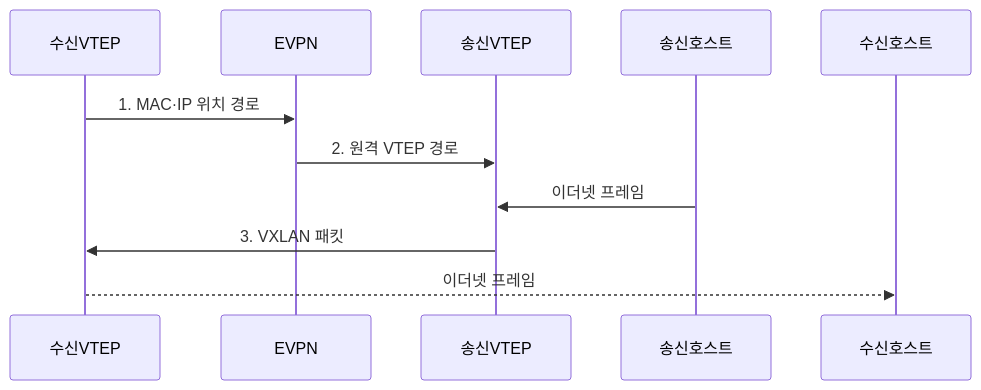
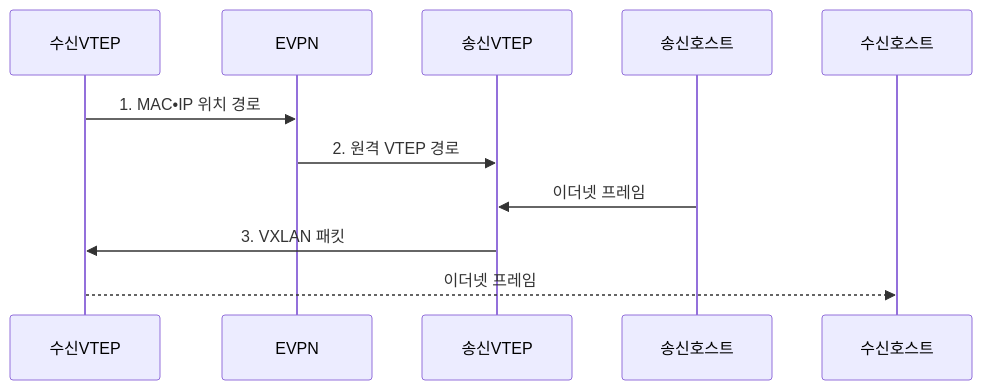
Before and after one commit to agnusdei1207/knowledge-base: the second of 2 diagrams in src/content/docs/notes/04-network/059_vxlan_overlay.md, drawn with Mermaid. The commit also changed other lines of this file and 953 other files, not shown here.

````diff
--- a/src/content/docs/notes/04-network/059_vxlan_overlay.md
+++ b/src/content/docs/notes/04-network/059_vxlan_overlay.md
@@ -108,13 +108,13 @@
 ```mermaid
 sequenceDiagram
     participant 수신VTEP
     participant EVPN
     participant 송신VTEP
     participant 송신호스트
     participant 수신호스트
-    수신VTEP->>EVPN: 1. MAC·IP 위치 경로
+    수신VTEP->>EVPN: 1. MAC•IP 위치 경로
     EVPN->>송신VTEP: 2. 원격 VTEP 경로
     송신호스트->>송신VTEP: 이더넷 프레임
     송신VTEP->>수신VTEP: 3. VXLAN 패킷
     수신VTEP-->>수신호스트: 이더넷 프레임
 ```
````
